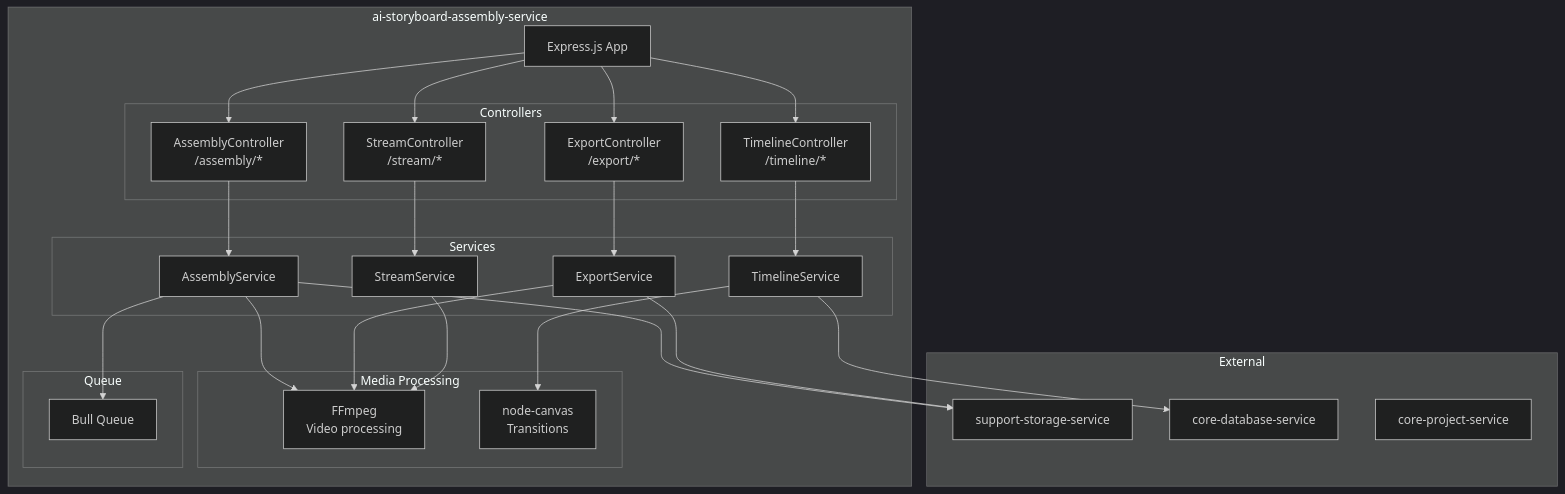
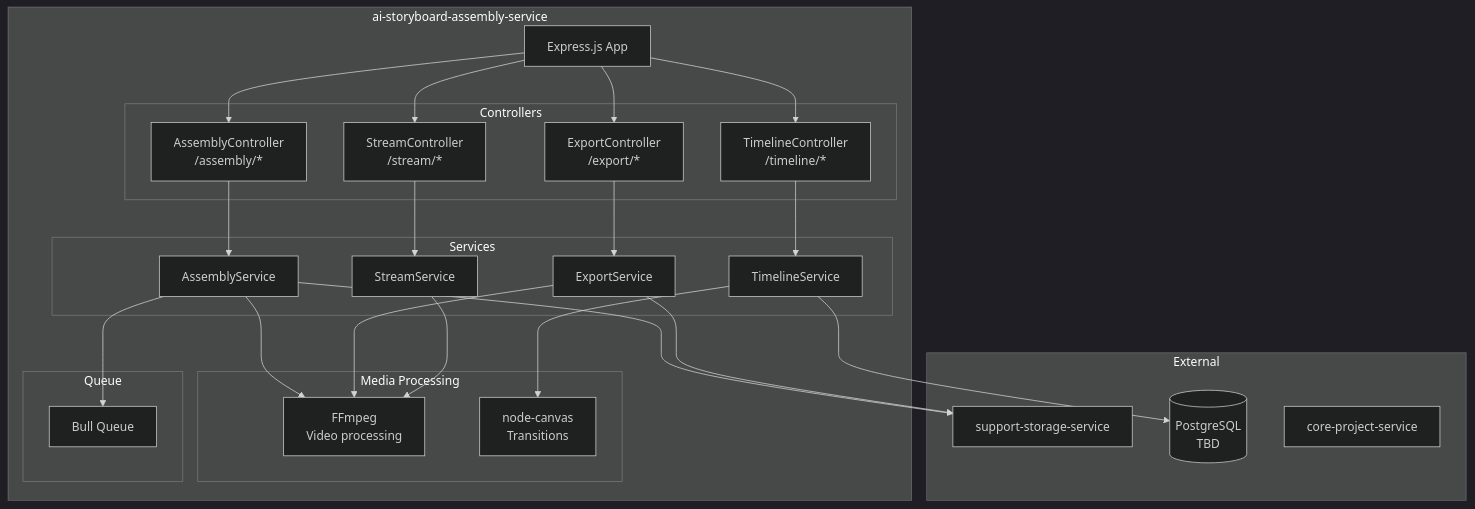
One commit to VisioBook-ESP/docs-architecture changed the first of 5 diagrams in microservices/ai-storyboard-assembly-service.md. Above: the diagram before and after it, drawn with Mermaid (dark theme). The commit also changed other lines of this file and 15 other files, not shown here.

````diff
--- a/microservices/ai-storyboard-assembly-service.md
+++ b/microservices/ai-storyboard-assembly-service.md
@@ -22,56 +22,56 @@
 ```mermaid
 graph TB
     subgraph "ai-storyboard-assembly-service"
         API[Express.js App]
 
         subgraph "Controllers"
             ASSEMBLY[AssemblyController<br/>/assembly/*]
             TIMELINE[TimelineController<br/>/timeline/*]
             EXPORT[ExportController<br/>/export/*]
             STREAM[StreamController<br/>/stream/*]
         end
 
         subgraph "Services"
             ASSEMBLY_SVC[AssemblyService]
             TIMELINE_SVC[TimelineService]
             EXPORT_SVC[ExportService]
             STREAM_SVC[StreamService]
         end
 
         subgraph "Media Processing"
             FFMPEG[FFmpeg<br/>Video processing]
             CANVAS[node-canvas<br/>Transitions]
         end
 
         subgraph "Queue"
             BULL[Bull Queue]
         end
     end
 
     subgraph "External"
         STORAGE[support-storage-service]
-        DB[core-database-service]
+        PG[(PostgreSQL<br/>TBD)]
         PROJECT[core-project-service]
     end
 
     API --> ASSEMBLY
     API --> TIMELINE
     API --> EXPORT
     API --> STREAM
 
     ASSEMBLY --> ASSEMBLY_SVC
     TIMELINE --> TIMELINE_SVC
     EXPORT --> EXPORT_SVC
     STREAM --> STREAM_SVC
 
     ASSEMBLY_SVC --> FFMPEG
     TIMELINE_SVC --> CANVAS
     EXPORT_SVC --> FFMPEG
     STREAM_SVC --> FFMPEG
 
     ASSEMBLY_SVC --> BULL
 
     ASSEMBLY_SVC --> STORAGE
     EXPORT_SVC --> STORAGE
-    TIMELINE_SVC --> DB
+    TIMELINE_SVC --> PG
 ```
````
